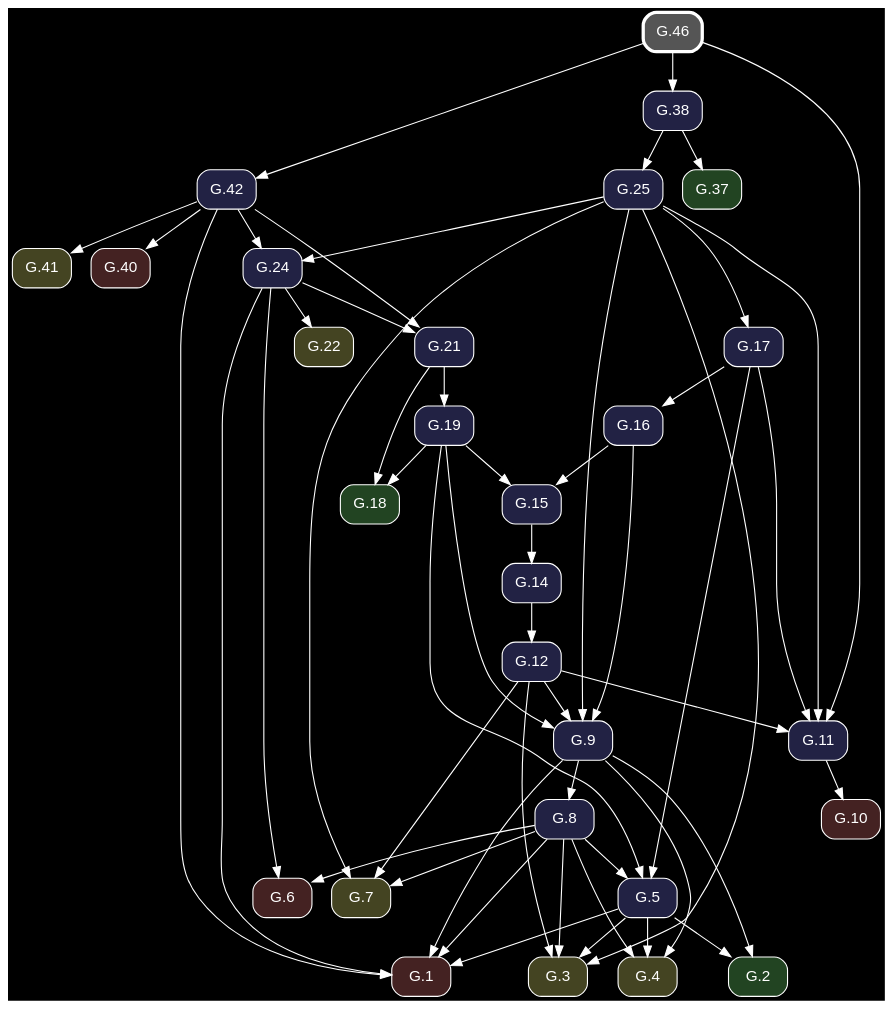
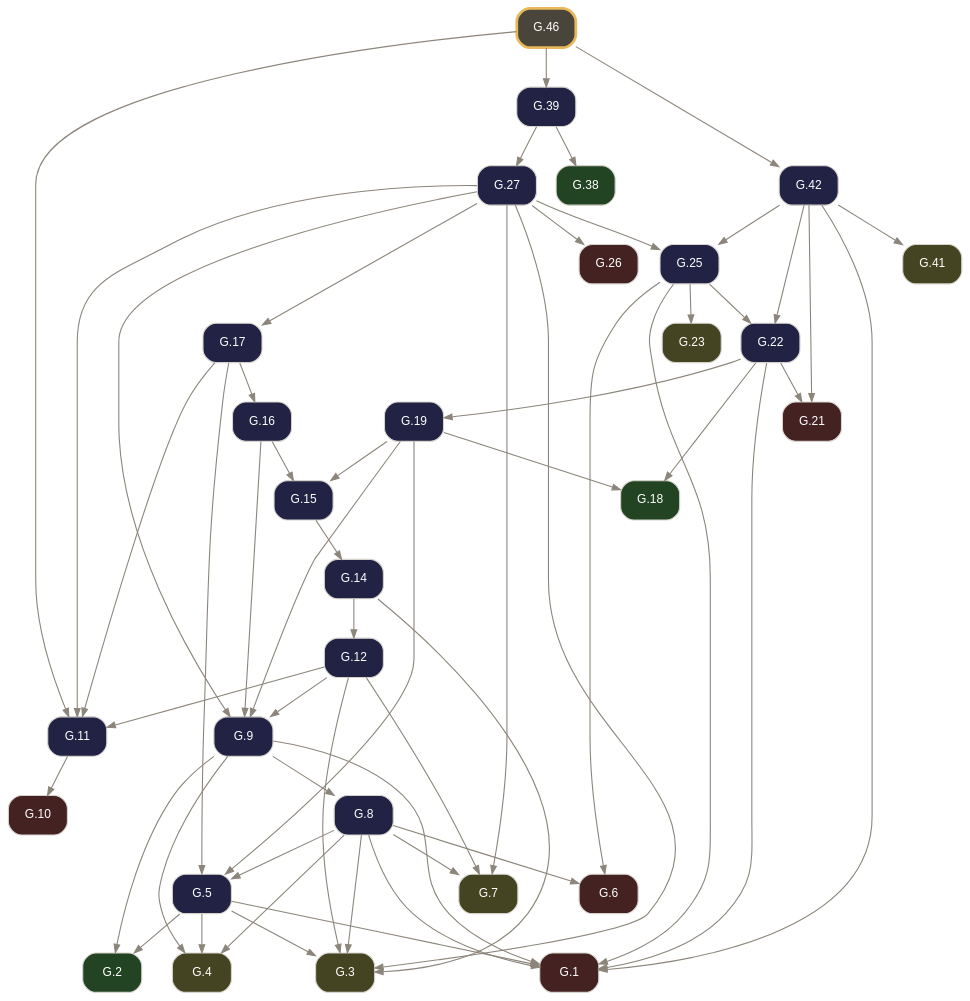
The diagram in docsrc/elements2/G.46/index.rst (geometor/elements), drawn with Graphviz before and after one commit. The commit also changed other lines of this file and 261 other files, not shown here.

Commit message:
feat: rebuild Elements 2.0 G-Index pipeline from composed Euclid Heath edition (v0.3.0)

```diff
--- a/docsrc/elements2/G.46/index.rst
+++ b/docsrc/elements2/G.46/index.rst
@@ -72,88 +81,93 @@
 .. graphviz::
 
    digraph {
-     bgcolor="black";
-     node [shape=box, style="rounded,filled", fontname="Helvetica", color="white", fontcolor="white"];
-     edge [color="white", fontcolor="white"];
+     bgcolor="transparent";
+     node [shape=box, style="rounded,filled", fontname="Helvetica", fontsize=11, color="#d6d3cd", fontcolor="#ffffff"];
+     edge [color="#8c857b", fontcolor="#8c857b", arrowsize=0.75];
      rankdir="TB";
-     "G.6" [label="G.6", fillcolor="#442222", URL="/elements2/G.6/", target="_top"];
-     "G.19" [label="G.19", fillcolor="#222244", URL="/elements2/G.19/", target="_top"];
-     "G.38" [label="G.38", fillcolor="#222244", URL="/elements2/G.38/", target="_top"];
-     "G.46" [label="G.46", penwidth=3, color="white", fillcolor="#555555", URL="/elements2/G.46/", target="_top"];
-     "G.21" [label="G.21", fillcolor="#222244", URL="/elements2/G.21/", target="_top"];
-     "G.24" [label="G.24", fillcolor="#222244", URL="/elements2/G.24/", target="_top"];
-     "G.10" [label="G.10", fillcolor="#442222", URL="/elements2/G.10/", target="_top"];
-     "G.7" [label="G.7", fillcolor="#444422", URL="/elements2/G.7/", target="_top"];
-     "G.42" [label="G.42", fillcolor="#222244", URL="/elements2/G.42/", target="_top"];
-     "G.17" [label="G.17", fillcolor="#222244", URL="/elements2/G.17/", target="_top"];
-     "G.3" [label="G.3", fillcolor="#444422", URL="/elements2/G.3/", target="_top"];
-     "G.15" [label="G.15", fillcolor="#222244", URL="/elements2/G.15/", target="_top"];
-     "G.5" [label="G.5", fillcolor="#222244", URL="/elements2/G.5/", target="_top"];
-     "G.41" [label="G.41", fillcolor="#444422", URL="/elements2/G.41/", target="_top"];
-     "G.1" [label="G.1", fillcolor="#442222", URL="/elements2/G.1/", target="_top"];
-     "G.2" [label="G.2", fillcolor="#224422", URL="/elements2/G.2/", target="_top"];
-     "G.12" [label="G.12", fillcolor="#222244", URL="/elements2/G.12/", target="_top"];
-     "G.22" [label="G.22", fillcolor="#444422", URL="/elements2/G.22/", target="_top"];
-     "G.14" [label="G.14", fillcolor="#222244", URL="/elements2/G.14/", target="_top"];
-     "G.8" [label="G.8", fillcolor="#222244", URL="/elements2/G.8/", target="_top"];
-     "G.9" [label="G.9", fillcolor="#222244", URL="/elements2/G.9/", target="_top"];
-     "G.25" [label="G.25", fillcolor="#222244", URL="/elements2/G.25/", target="_top"];
-     "G.37" [label="G.37", fillcolor="#224422", URL="/elements2/G.37/", target="_top"];
-     "G.18" [label="G.18", fillcolor="#224422", URL="/elements2/G.18/", target="_top"];
-     "G.11" [label="G.11", fillcolor="#222244", URL="/elements2/G.11/", target="_top"];
-     "G.40" [label="G.40", fillcolor="#442222", URL="/elements2/G.40/", target="_top"];
-     "G.4" [label="G.4", fillcolor="#444422", URL="/elements2/G.4/", target="_top"];
-     "G.16" [label="G.16", fillcolor="#222244", URL="/elements2/G.16/", target="_top"];
-     "G.24" -> "G.6";
-     "G.8" -> "G.6";
-     "G.21" -> "G.19";
-     "G.46" -> "G.38";
-     "G.24" -> "G.21";
-     "G.42" -> "G.21";
-     "G.25" -> "G.24";
-     "G.42" -> "G.24";
-     "G.11" -> "G.10";
-     "G.25" -> "G.7";
-     "G.8" -> "G.7";
-     "G.12" -> "G.7";
-     "G.46" -> "G.42";
-     "G.25" -> "G.17";
+     "G.1" [label="G.1", tooltip="G.1 (I.cn.1)", fillcolor="#442222", URL="../G.1/index.html", target="_top"];
+     "G.2" [label="G.2", tooltip="G.2 (I.def.15)", fillcolor="#224422", URL="../G.2/index.html", target="_top"];
+     "G.3" [label="G.3", tooltip="G.3 (I.post.1)", fillcolor="#444422", URL="../G.3/index.html", target="_top"];
+     "G.4" [label="G.4", tooltip="G.4 (I.post.3)", fillcolor="#444422", URL="../G.4/index.html", target="_top"];
+     "G.5" [label="G.5", tooltip="G.5 (I.1)", fillcolor="#222244", URL="../G.5/index.html", target="_top"];
+     "G.6" [label="G.6", tooltip="G.6 (I.cn.3)", fillcolor="#442222", URL="../G.6/index.html", target="_top"];
+     "G.7" [label="G.7", tooltip="G.7 (I.post.2)", fillcolor="#444422", URL="../G.7/index.html", target="_top"];
+     "G.8" [label="G.8", tooltip="G.8 (I.2)", fillcolor="#222244", URL="../G.8/index.html", target="_top"];
+     "G.9" [label="G.9", tooltip="G.9 (I.3)", fillcolor="#222244", URL="../G.9/index.html", target="_top"];
+     "G.10" [label="G.10", tooltip="G.10 (I.cn.4)", fillcolor="#442222", URL="../G.10/index.html", target="_top"];
+     "G.11" [label="G.11", tooltip="G.11 (I.4)", fillcolor="#222244", URL="../G.11/index.html", target="_top"];
+     "G.12" [label="G.12", tooltip="G.12 (I.5)", fillcolor="#222244", URL="../G.12/index.html", target="_top"];
+     "G.14" [label="G.14", tooltip="G.14 (I.7)", fillcolor="#222244", URL="../G.14/index.html", target="_top"];
+     "G.15" [label="G.15", tooltip="G.15 (I.8)", fillcolor="#222244", URL="../G.15/index.html", target="_top"];
+     "G.16" [label="G.16", tooltip="G.16 (I.9)", fillcolor="#222244", URL="../G.16/index.html", target="_top"];
+     "G.17" [label="G.17", tooltip="G.17 (I.10)", fillcolor="#222244", URL="../G.17/index.html", target="_top"];
+     "G.18" [label="G.18", tooltip="G.18 (I.def.10)", fillcolor="#224422", URL="../G.18/index.html", target="_top"];
+     "G.19" [label="G.19", tooltip="G.19 (I.11)", fillcolor="#222244", URL="../G.19/index.html", target="_top"];
+     "G.21" [label="G.21", tooltip="G.21 (I.cn.2)", fillcolor="#442222", URL="../G.21/index.html", target="_top"];
+     "G.22" [label="G.22", tooltip="G.22 (I.13)", fillcolor="#222244", URL="../G.22/index.html", target="_top"];
+     "G.23" [label="G.23", tooltip="G.23 (I.post.4)", fillcolor="#444422", URL="../G.23/index.html", target="_top"];
+     "G.25" [label="G.25", tooltip="G.25 (I.15)", fillcolor="#222244", URL="../G.25/index.html", target="_top"];
+     "G.26" [label="G.26", tooltip="G.26 (I.cn.5)", fillcolor="#442222", URL="../G.26/index.html", target="_top"];
+     "G.27" [label="G.27", tooltip="G.27 (I.16)", fillcolor="#222244", URL="../G.27/index.html", target="_top"];
+     "G.38" [label="G.38", tooltip="G.38 (I.def.23)", fillcolor="#224422", URL="../G.38/index.html", target="_top"];
+     "G.39" [label="G.39", tooltip="G.39 (I.27)", fillcolor="#222244", URL="../G.39/index.html", target="_top"];
+     "G.41" [label="G.41", tooltip="G.41 (I.post.5)", fillcolor="#444422", URL="../G.41/index.html", target="_top"];
+     "G.42" [label="G.42", tooltip="G.42 (I.29)", fillcolor="#222244", URL="../G.42/index.html", target="_top"];
+     "G.46" [label="G.46", tooltip="G.46 (I.33)", penwidth=2.5, color="#e8b85a", fillcolor="#4a453b", URL="index.html", target="_top"];
+     "G.5" -> "G.1";
+     "G.8" -> "G.1";
+     "G.9" -> "G.1";
+     "G.22" -> "G.1";
+     "G.25" -> "G.1";
+     "G.42" -> "G.1";
+     "G.5" -> "G.2";
+     "G.9" -> "G.2";
      "G.5" -> "G.3";
-     "G.25" -> "G.3";
      "G.8" -> "G.3";
      "G.12" -> "G.3";
-     "G.19" -> "G.15";
-     "G.16" -> "G.15";
-     "G.19" -> "G.5";
-     "G.8" -> "G.5";
-     "G.17" -> "G.5";
-     "G.42" -> "G.41";
-     "G.5" -> "G.1";
-     "G.24" -> "G.1";
-     "G.8" -> "G.1";
-     "G.42" -> "G.1";
-     "G.9" -> "G.1";
-     "G.5" -> "G.2";
-     "G.9" -> "G.2";
-     "G.14" -> "G.12";
-     "G.24" -> "G.22";
-     "G.15" -> "G.14";
-     "G.9" -> "G.8";
-     "G.19" -> "G.9";
-     "G.25" -> "G.9";
-     "G.16" -> "G.9";
-     "G.12" -> "G.9";
-     "G.38" -> "G.25";
-     "G.38" -> "G.37";
-     "G.19" -> "G.18";
-     "G.21" -> "G.18";
-     "G.46" -> "G.11";
-     "G.25" -> "G.11";
-     "G.17" -> "G.11";
-     "G.12" -> "G.11";
-     "G.42" -> "G.40";
+     "G.14" -> "G.3";
+     "G.27" -> "G.3";
      "G.5" -> "G.4";
      "G.8" -> "G.4";
      "G.9" -> "G.4";
+     "G.8" -> "G.5";
+     "G.17" -> "G.5";
+     "G.19" -> "G.5";
+     "G.8" -> "G.6";
+     "G.25" -> "G.6";
+     "G.8" -> "G.7";
+     "G.12" -> "G.7";
+     "G.27" -> "G.7";
+     "G.9" -> "G.8";
+     "G.12" -> "G.9";
+     "G.16" -> "G.9";
+     "G.19" -> "G.9";
+     "G.27" -> "G.9";
+     "G.11" -> "G.10";
+     "G.12" -> "G.11";
+     "G.17" -> "G.11";
+     "G.27" -> "G.11";
+     "G.46" -> "G.11";
+     "G.14" -> "G.12";
+     "G.15" -> "G.14";
+     "G.16" -> "G.15";
+     "G.19" -> "G.15";
      "G.17" -> "G.16";
+     "G.27" -> "G.17";
+     "G.19" -> "G.18";
+     "G.22" -> "G.18";
+     "G.22" -> "G.19";
+     "G.22" -> "G.21";
+     "G.42" -> "G.21";
+     "G.25" -> "G.22";
+     "G.42" -> "G.22";
+     "G.25" -> "G.23";
+     "G.27" -> "G.25";
+     "G.42" -> "G.25";
+     "G.27" -> "G.26";
+     "G.39" -> "G.27";
+     "G.39" -> "G.38";
+     "G.46" -> "G.39";
+     "G.42" -> "G.41";
+     "G.46" -> "G.42";
    }
```
